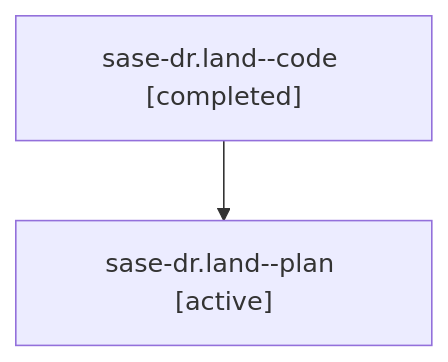
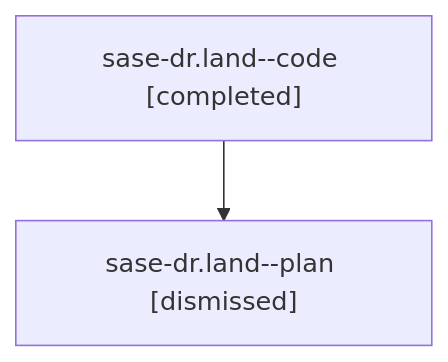
One commit to sase-org/sase--agents changed the diagram in sessions/bbugyi200.athena.sase-dr.land.md. Above: the diagram before and after it, drawn with Mermaid. The commit also changed other lines of this file and 58 other files, not shown here.

````diff
--- a/sessions/bbugyi200.athena.sase-dr.land.md
+++ b/sessions/bbugyi200.athena.sase-dr.land.md
@@ -9,6 +9,6 @@
 ```mermaid
 flowchart TD
   n0["sase-dr.land--code [completed]"]
-  n1["sase-dr.land--plan [active]"]
+  n1["sase-dr.land--plan [dismissed]"]
   n0 --> n1
 ```
````
